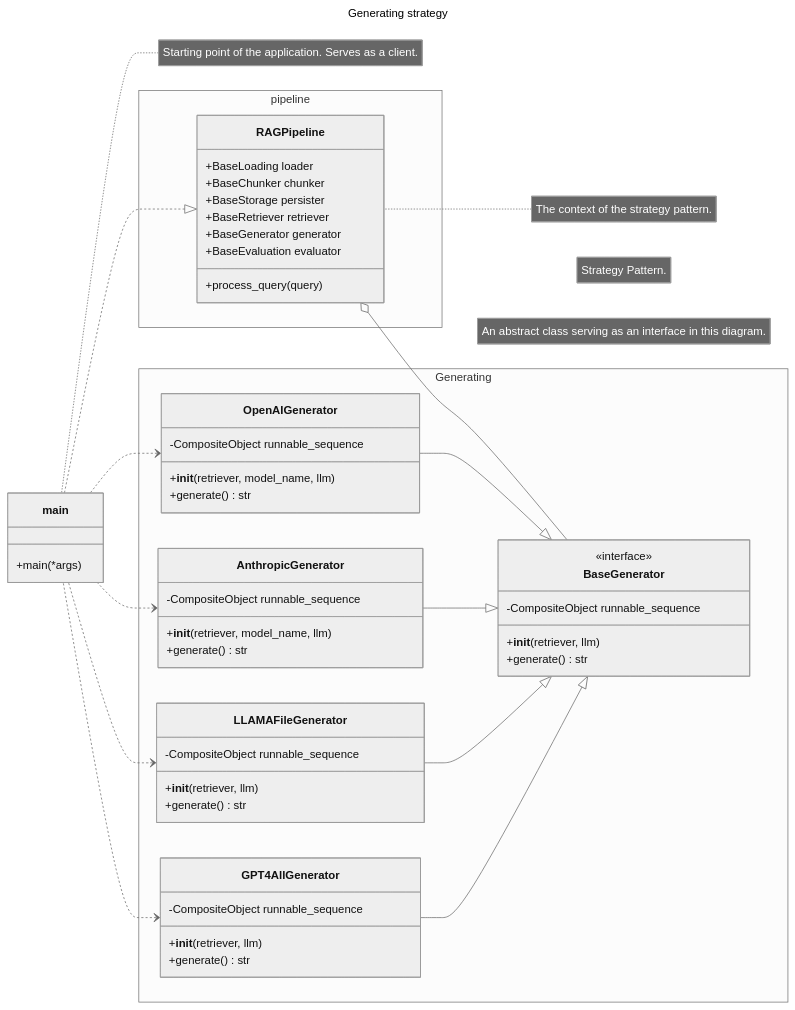
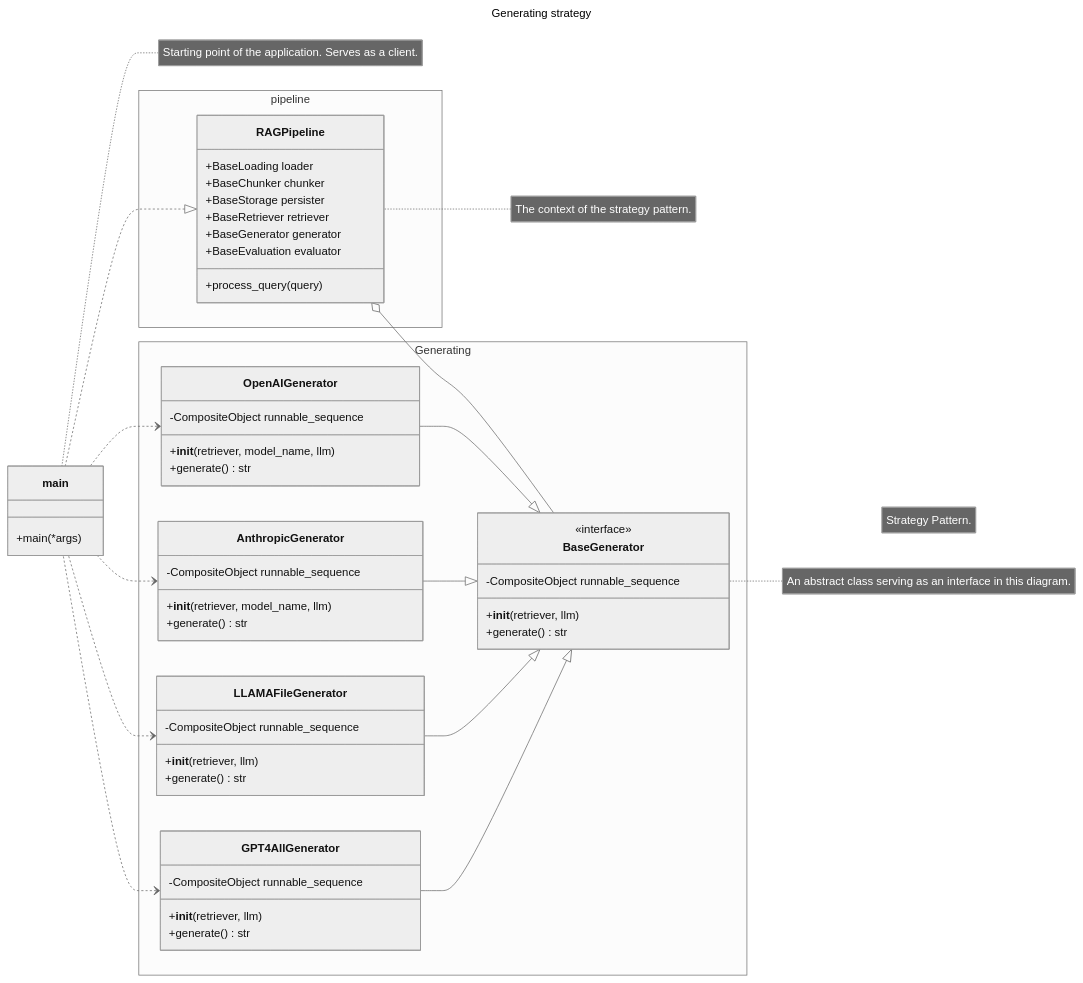
One commit to P1car00n/context changed the diagram in diagrams/code_related/generating_strategy_class_diagram.mmd. Above: the diagram before and after it, drawn with Mermaid (neutral theme).

```diff
--- a/diagrams/code_related/generating_strategy_class_diagram.mmd
+++ b/diagrams/code_related/generating_strategy_class_diagram.mmd
@@ -1,71 +1,71 @@
 ---
 title: Generating strategy
 ---
 
 classDiagram
   direction RL
 
   class main {
     +main(*args)
   }
   
   note "Strategy Pattern."
   note for main "Starting point of the application. Serves as a client."
-  note for BaseStorage "An abstract class serving as an interface in this diagram."
+  note for BaseGenerator "An abstract class serving as an interface in this diagram."
   note for RAGPipeline "The context of the strategy pattern."
 
 namespace pipeline {
   class RAGPipeline {
     +BaseLoading loader
     +BaseChunker chunker
     +BaseStorage persister
     +BaseRetriever retriever
     +BaseGenerator generator
     +BaseEvaluation evaluator
     +process_query(query)
   }
 }
 
   namespace Generating {
     class BaseGenerator {
     <<interface>>
     +__init__(retriever, llm)
     +generate() str
     -CompositeObject runnable_sequence
   }
 
   class OpenAIGenerator {
     +__init__(retriever, model_name, llm)
     +generate() str
     -CompositeObject runnable_sequence
   }
 
   class AnthropicGenerator {
     +__init__(retriever, model_name, llm)
     +generate() str
     -CompositeObject runnable_sequence
   }
 
   class LLAMAFileGenerator {
     +__init__(retriever, llm)
     +generate() str
     -CompositeObject runnable_sequence
   }
 
   class GPT4AllGenerator {
     +__init__(retriever, llm)
     +generate() str
     -CompositeObject runnable_sequence
   }
   }
 
   BaseGenerator <|-- OpenAIGenerator
   BaseGenerator <|-- AnthropicGenerator
   BaseGenerator <|-- LLAMAFileGenerator
   BaseGenerator <|-- GPT4AllGenerator
   BaseGenerator --o RAGPipeline
   RAGPipeline <|.. main
   OpenAIGenerator <.. main
   AnthropicGenerator <.. main
   LLAMAFileGenerator <.. main
   GPT4AllGenerator <.. main
```
